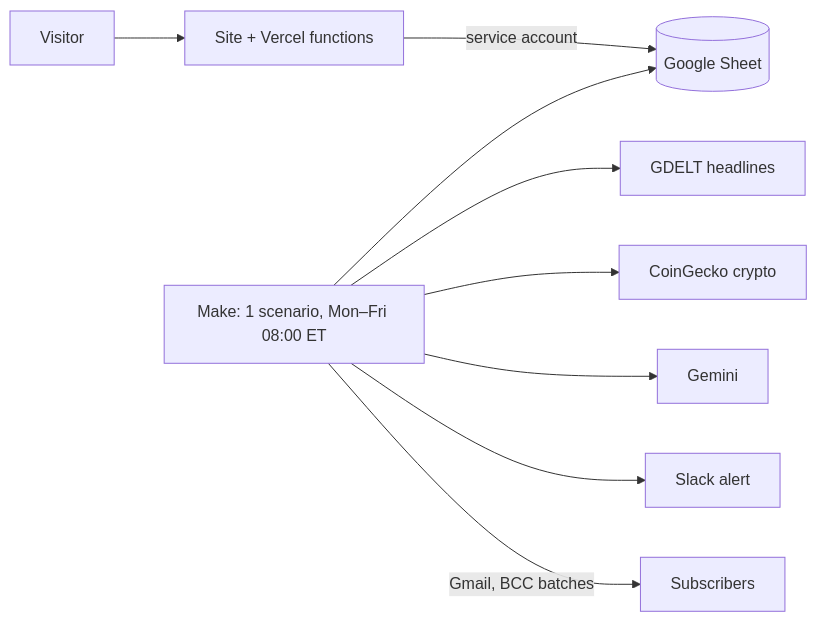
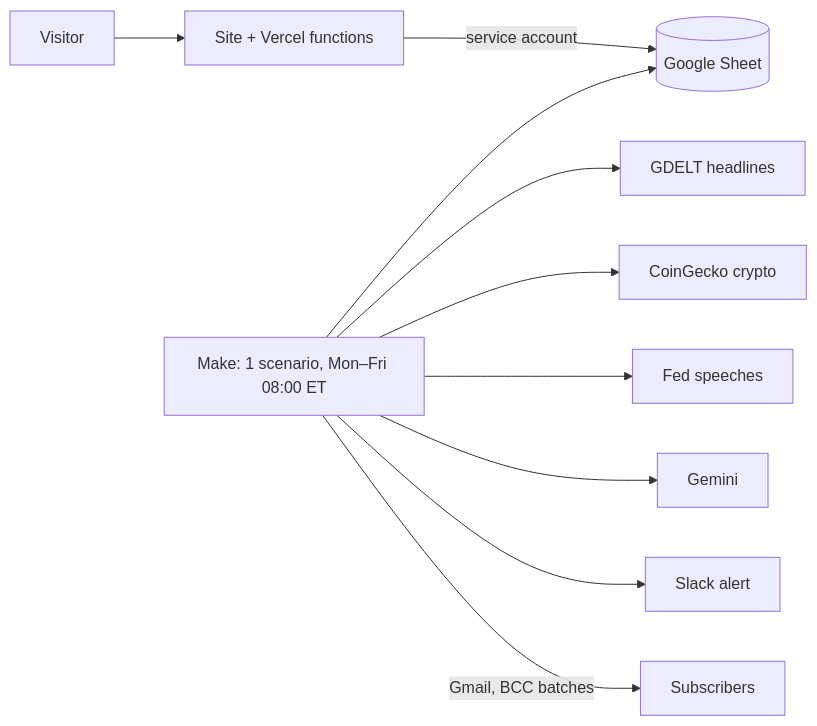
The diagram in README.md (notm33na/morningmarket), drawn with Mermaid before and after one commit. The commit also changed other lines of this file and 17 other files, not shown here.

First line of the commit message:
Add Fed speeches section, Gemini fallback model, honest degraded emails

````diff
--- a/README.md
+++ b/README.md
@@ -25,7 +25,7 @@
 ```mermaid
 flowchart LR
   V[Visitor] --> S[Site + Vercel functions] -->|service account| G[(Google Sheet)]
   M[Make: 1 scenario, Mon–Fri 08:00 ET] --> G
-  M --> N[GDELT headlines] & C[CoinGecko crypto] & AI[Gemini] & SL[Slack alert]
+  M --> N[GDELT headlines] & C[CoinGecko crypto] & FR[Fed speeches] & AI[Gemini] & SL[Slack alert]
   M -->|Gmail, BCC batches| R[Subscribers]
 ```
````
